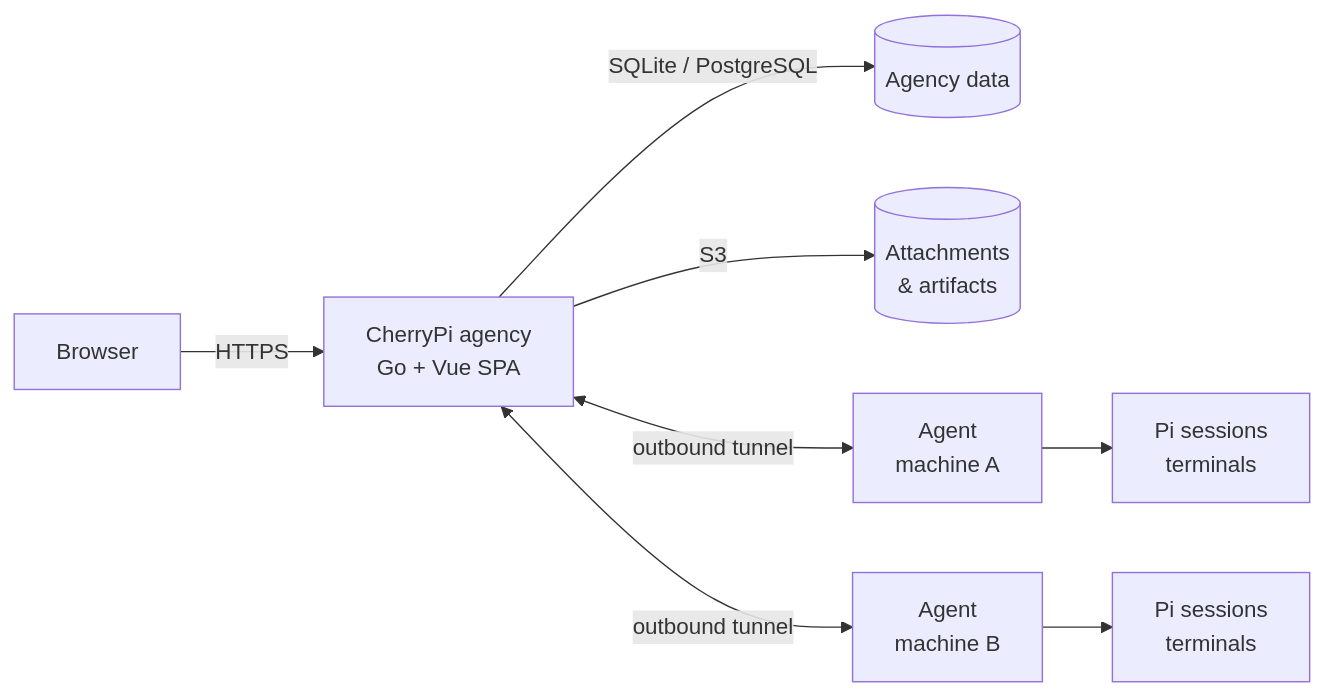
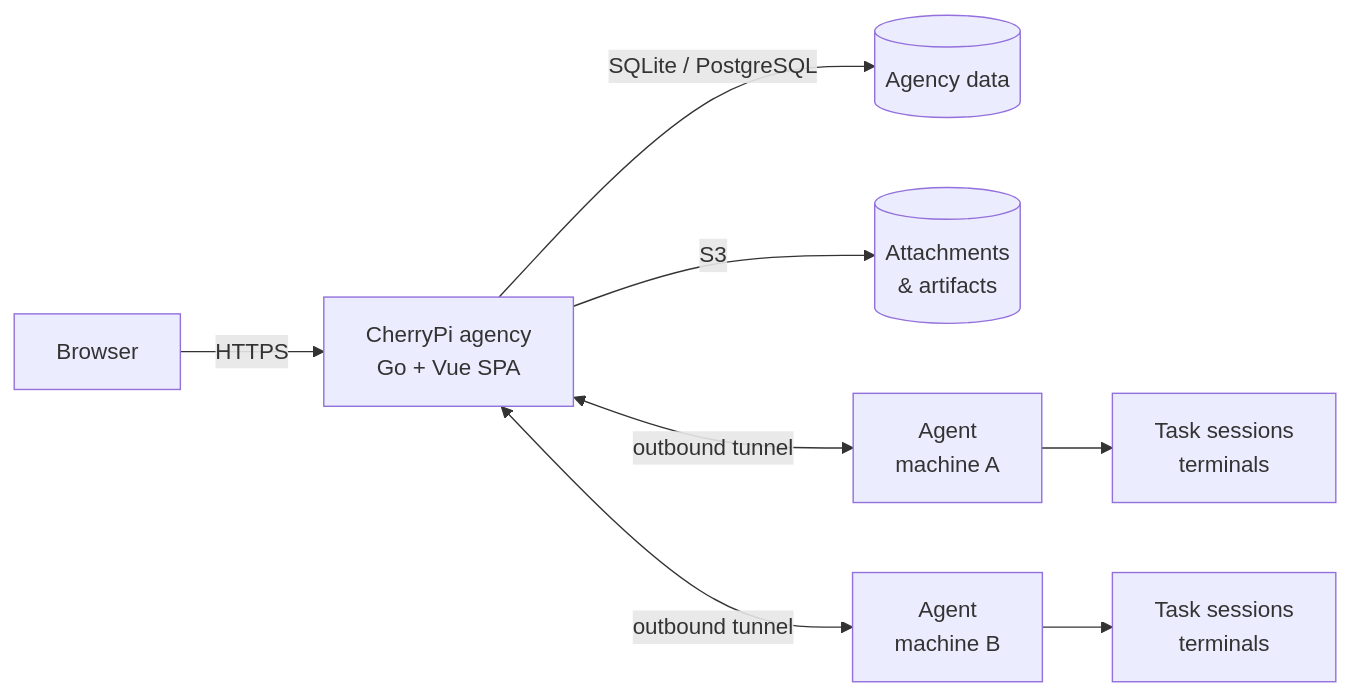
Before and after one commit to cherrypidotdev/cherrypi: the diagram in docs-site/index.md, drawn with Mermaid. The commit also changed other lines of this file and 335 other files, not shown here.

````diff
--- a/docs-site/index.md
+++ b/docs-site/index.md
@@ -68,10 +68,10 @@
 ```mermaid
 flowchart LR
   B["Browser"] -->|HTTPS| A["CherryPi agency<br/>Go + Vue SPA"]
   A -->|SQLite / PostgreSQL| DB[("Agency data")]
   A -->|S3| S3[("Attachments<br/>& artifacts")]
   A <-->|outbound tunnel| W1["Agent<br/>machine A"]
   A <-->|outbound tunnel| W2["Agent<br/>machine B"]
-  W1 --> P1["Pi sessions<br/>terminals"]
-  W2 --> P2["Pi sessions<br/>terminals"]
+  W1 --> P1["Task sessions<br/>terminals"]
+  W2 --> P2["Task sessions<br/>terminals"]
 ```
````
